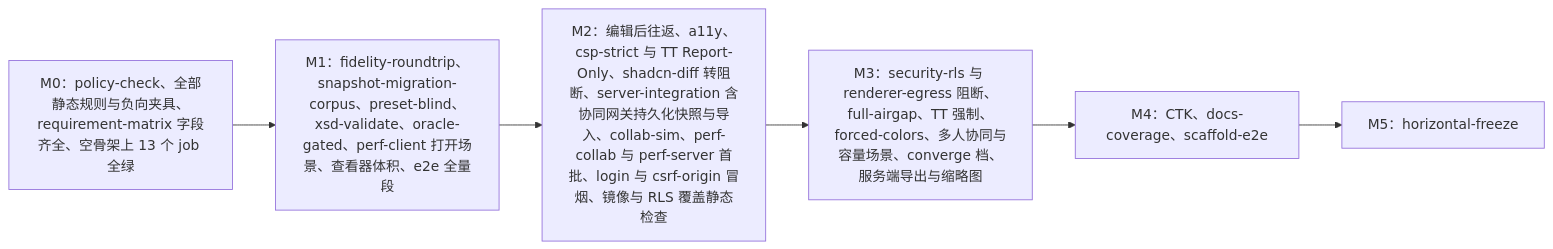
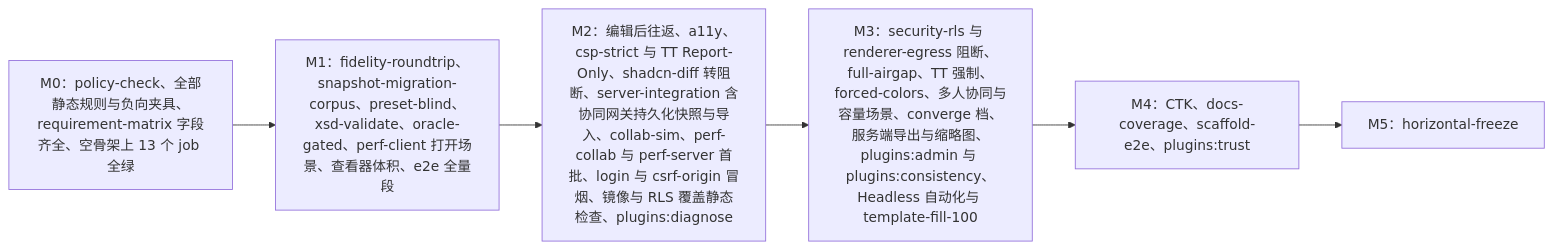
One commit to Xeonice/cordis-ppt-editor changed the fourth of 5 diagrams in docs/70-testing/12-ci-gates-mapping.md. Above: the diagram before and after it, drawn with Mermaid. The commit also changed other lines of this file and 12 other files, not shown here.

Commit message:
docs(testing): 按 §4.24 补追溯矩阵 §4.21/§4.22/§4.24、插件门禁、表格图表 e2e 与新端点用例

````diff
--- a/docs/70-testing/12-ci-gates-mapping.md
+++ b/docs/70-testing/12-ci-gates-mapping.md
@@ -329,10 +330,10 @@
 ```mermaid
 flowchart LR
   m0["M0：policy-check、全部静态规则与负向夹具、requirement-matrix 字段齐全、空骨架上 13 个 job 全绿"]
   m1["M1：fidelity-roundtrip、snapshot-migration-corpus、preset-blind、xsd-validate、oracle-gated、perf-client 打开场景、查看器体积、e2e 全量段"]
-  m2["M2：编辑后往返、a11y、csp-strict 与 TT Report-Only、shadcn-diff 转阻断、server-integration 含协同网关持久化快照与导入、collab-sim、perf-collab 与 perf-server 首批、login 与 csrf-origin 冒烟、镜像与 RLS 覆盖静态检查"]
-  m3["M3：security-rls 与 renderer-egress 阻断、full-airgap、TT 强制、forced-colors、多人协同与容量场景、converge 档、服务端导出与缩略图"]
-  m4["M4：CTK、docs-coverage、scaffold-e2e"]
+  m2["M2：编辑后往返、a11y、csp-strict 与 TT Report-Only、shadcn-diff 转阻断、server-integration 含协同网关持久化快照与导入、collab-sim、perf-collab 与 perf-server 首批、login 与 csrf-origin 冒烟、镜像与 RLS 覆盖静态检查、plugins:diagnose"]
+  m3["M3：security-rls 与 renderer-egress 阻断、full-airgap、TT 强制、forced-colors、多人协同与容量场景、converge 档、服务端导出与缩略图、plugins:admin 与 plugins:consistency、Headless 自动化与 template-fill-100"]
+  m4["M4：CTK、docs-coverage、scaffold-e2e、plugins:trust"]
   m5["M5：horizontal-freeze"]
   m0 --> m1 --> m2 --> m3 --> m4 --> m5
 ```
````
